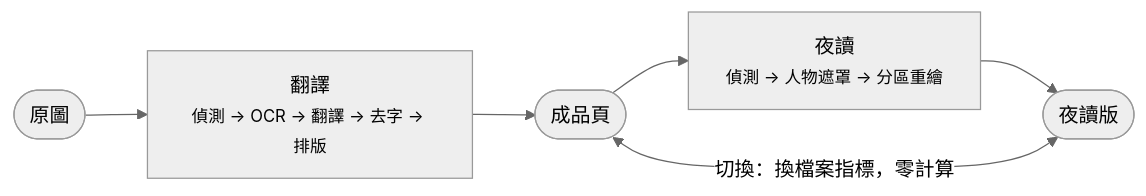
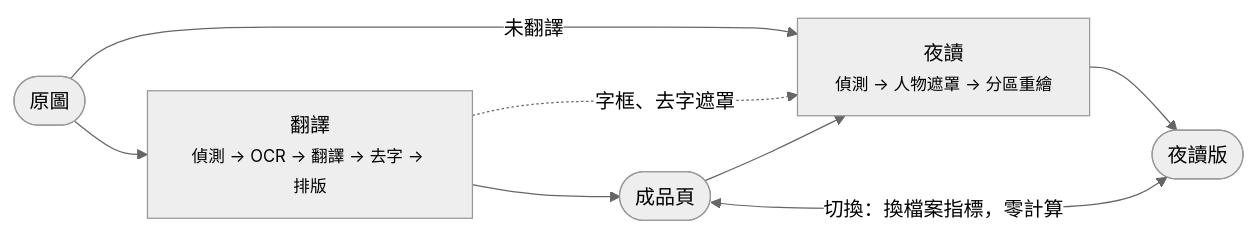
Before and after one commit to joyeli/yakuyomi-nightread: the second of 2 diagrams in docs/ARCHITECTURE_zh.md, drawn with Mermaid (neutral theme). The commit also changed other lines of this file and 25 other files, not shown here.

````diff
--- a/docs/ARCHITECTURE_zh.md
+++ b/docs/ARCHITECTURE_zh.md
@@ -204,8 +207,10 @@
 ```mermaid
 flowchart LR
     SRC([原圖]) --> TR[翻譯<br/><small>偵測 → OCR → 翻譯 → 去字 → 排版</small>]
     TR --> DAY([成品頁])
+    SRC -->|未翻譯| NR
+    TR -.->|字框、去字遮罩| NR
     DAY --> NR[夜讀<br/><small>偵測 → 人物遮罩 → 分區重繪</small>]
     NR --> NIGHT([夜讀版])
     DAY <-->|切換：換檔案指標，零計算| NIGHT
 ```
````
